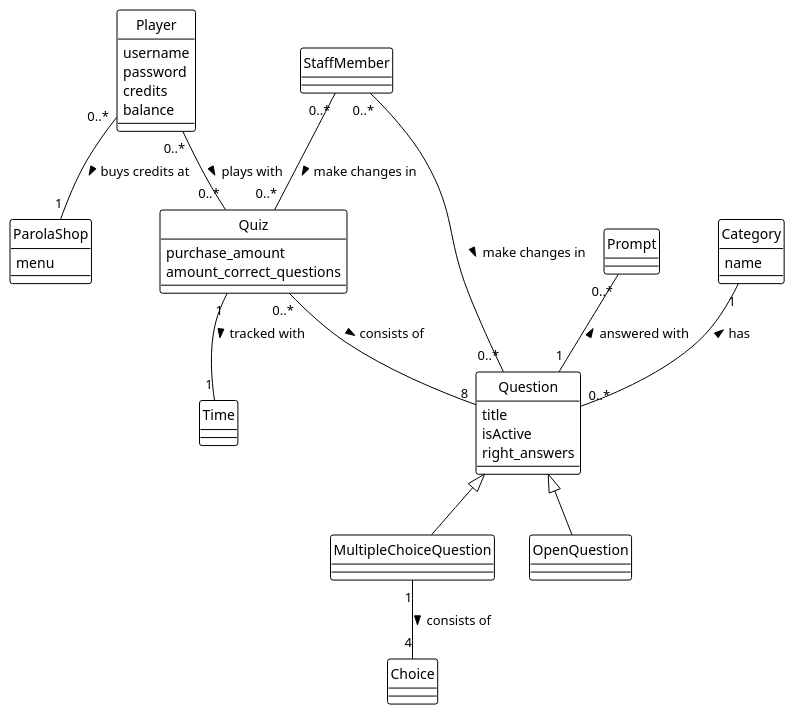
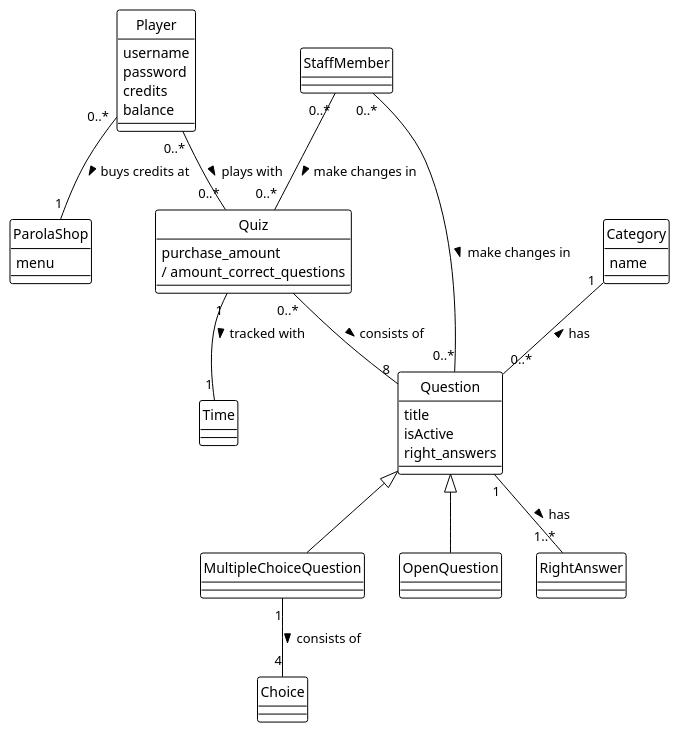
Before and after one commit to jchen2011/Parola: the diagram in diagrams/domainmodel.puml, drawn with PlantUML. The commit also changed 14 other files, not shown here.

Commit message:
docs: domain model + activity diagram

```diff
--- a/diagrams/domainmodel.puml
+++ b/diagrams/domainmodel.puml
@@ -1,69 +1,65 @@
 @startuml
 !theme plain
 skinparam style strictuml
 
 class Player {
   username
   password
   credits
   balance
 }
 
 
 class Quiz {
   purchase_amount
-  amount_correct_questions
+  / amount_correct_questions
 }
 
 class Question {
   title
   isActive
   right_answers
 }
 
 
 class ParolaShop {
   menu
 }
 
 class StaffMember {
 
 }
 
 
 class Time {
 
 }
 
 
-class Prompt {
-}
-
 class MultipleChoiceQuestion {
 }
 
 
 class OpenQuestion {
 }
 
 class Category {
   name
 }
 
 class Choice {
 
 }
 
 Player "0..*" -- "0..*" Quiz : plays with >
 Player "0..*" -- "1" ParolaShop : buys credits at >
 Category "1" -- "0..*" Question : has <
 Quiz "0..*" -- "8" Question : consists of >
 Quiz "1" -- "1" Time : tracked with >
 StaffMember "0..*" -- "0..*" Quiz : make changes in >
 StaffMember "0..*" -- "0..*" Question : make changes in >
-Prompt "0..*" -- "1" Question : answered with <
 Question <|-- MultipleChoiceQuestion
 Question <|-- OpenQuestion
 MultipleChoiceQuestion "1" -- "4" Choice : consists of >
-
+Question  "1" -- "1..*" RightAnswer : has >
 @enduml
```
